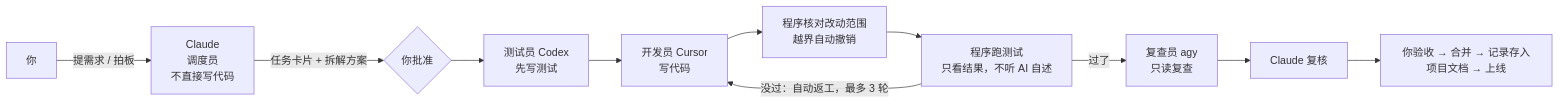
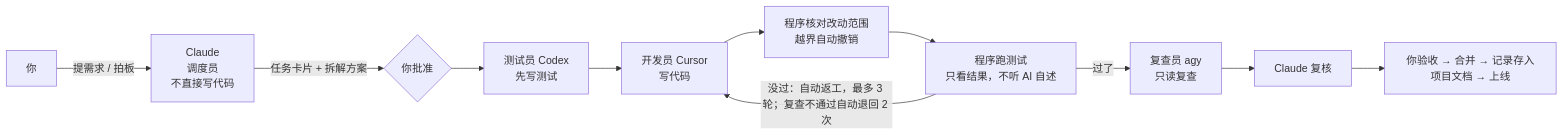
Before and after one commit to Rskyss/super-agent: the diagram in README.md, drawn with Mermaid. The commit also changed other lines of this file and 3 other files, not shown here.

````diff
--- a/README.md
+++ b/README.md
@@ -37,13 +37,13 @@
 ```mermaid
 flowchart LR
     U[你] -->|提需求 / 拍板| C[Claude<br/>调度员<br/>不直接写代码]
     C -->|任务卡片 + 拆解方案| G{你批准}
     G --> T[测试员 Codex<br/>先写测试]
     T --> D[开发员 Cursor<br/>写代码]
     D --> S[程序核对改动范围<br/>越界自动撤销]
     S --> J[程序跑测试<br/>只看结果，不听 AI 自述]
-    J -->|没过：自动返工，最多 3 轮| D
+    J -->|没过：自动返工，最多 3 轮；复查不通过自动退回 2 次| D
     J -->|过了| R[复查员 agy<br/>只读复查]
     R --> C2[Claude 复核]
     C2 --> U2[你验收 → 合并 → 记录存入项目文档 → 上线]
 ```
````
